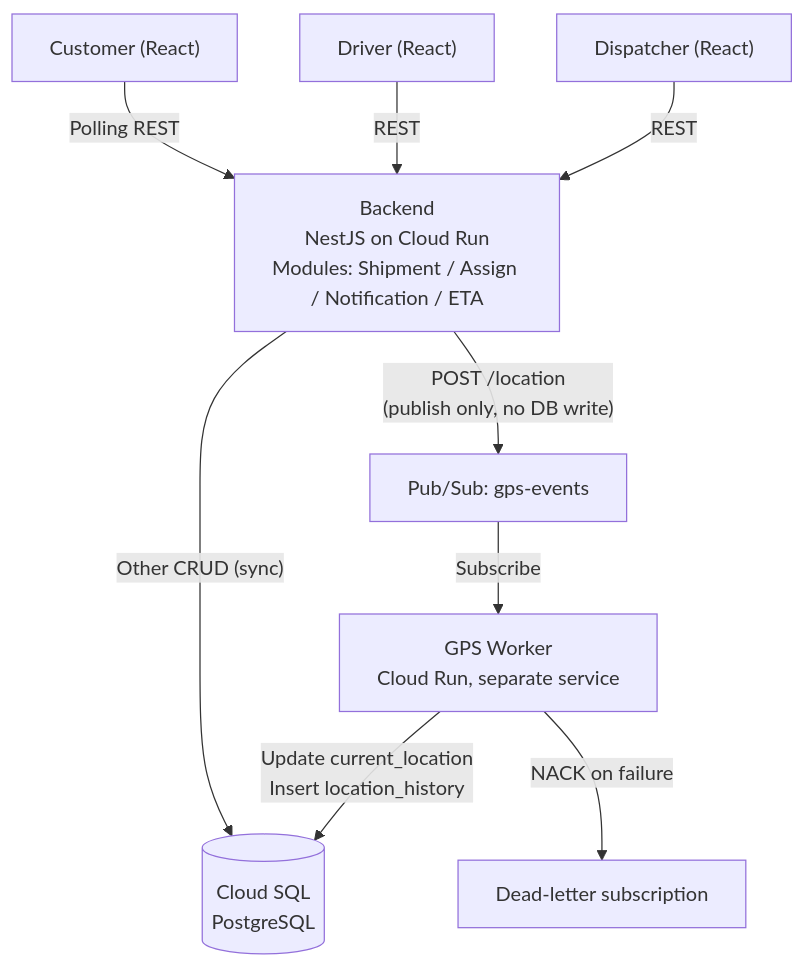
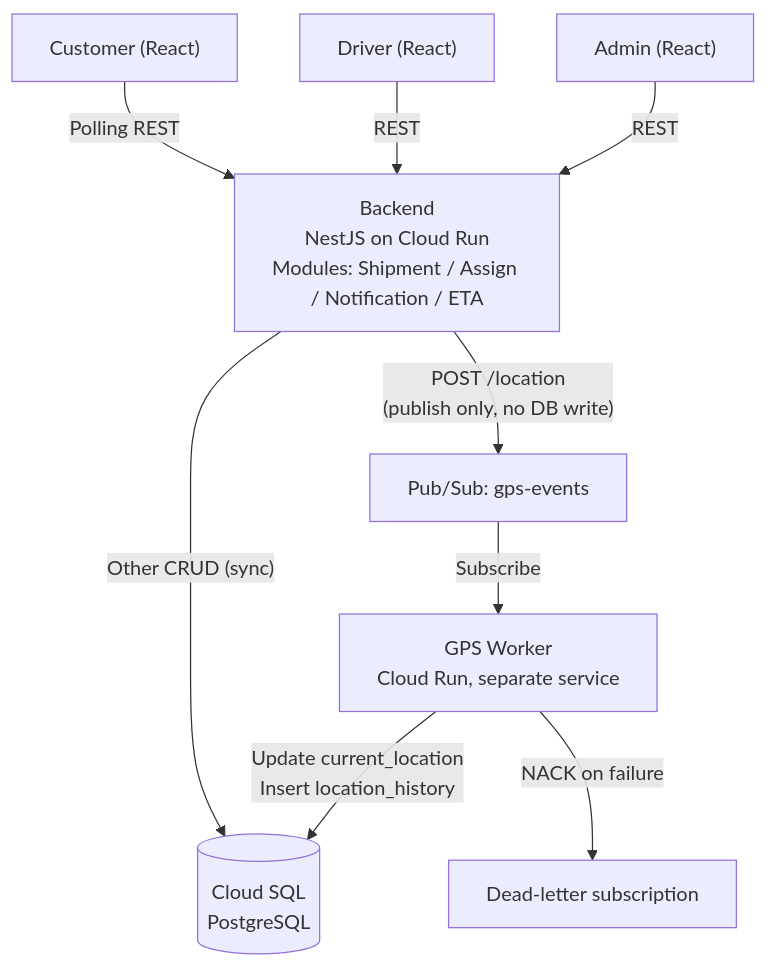
Before and after one commit to namnkahn1607/INT3326E: the diagram in README.md, drawn with Mermaid. The commit also changed other lines of this file, not shown here.

Commit message:
fix(roles): align README.md with ADMIN

````diff
--- a/README.md
+++ b/README.md
@@ -73,15 +73,15 @@
 ```mermaid
 flowchart TD
     C["Customer (React)"] -- "Polling REST" --> B
     D["Driver (React)"] -- "REST" --> B
-    A["Dispatcher (React)"] -- "REST" --> B
+    A["Admin (React)"] -- "REST" --> B
 
     B["Backend<br/>NestJS on Cloud Run<br/>Modules: Shipment / Assign / Notification / ETA"]
 
     B -- "POST /location<br/>(publish only, no DB write)" --> P["Pub/Sub: gps-events"]
     B -- "Other CRUD (sync)" --> DB[("Cloud SQL<br/>PostgreSQL")]
 
     P -- "Subscribe" --> W["GPS Worker<br/>Cloud Run, separate service"]
     W -- "Update current_location<br/>Insert location_history" --> DB
     W -- "NACK on failure" --> DLQ["Dead-letter subscription"]
 ```
````
